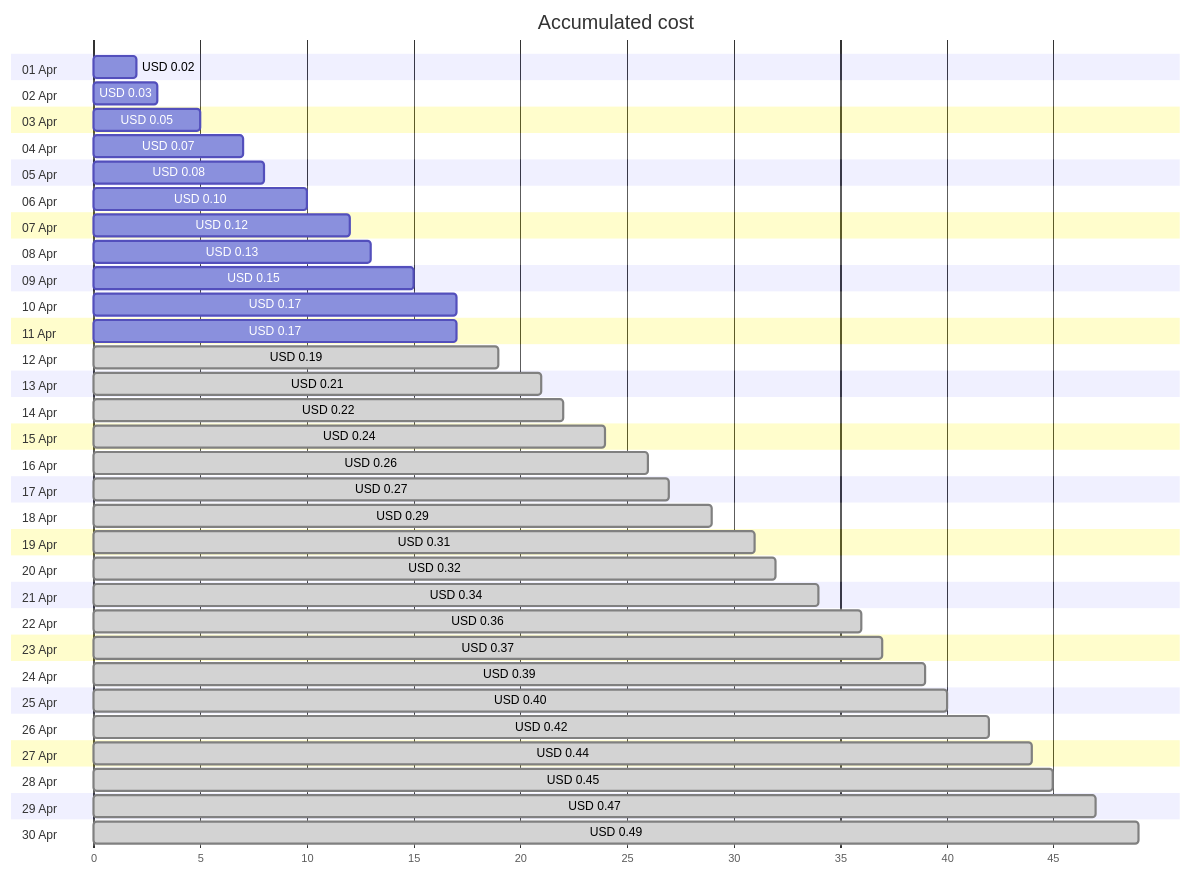
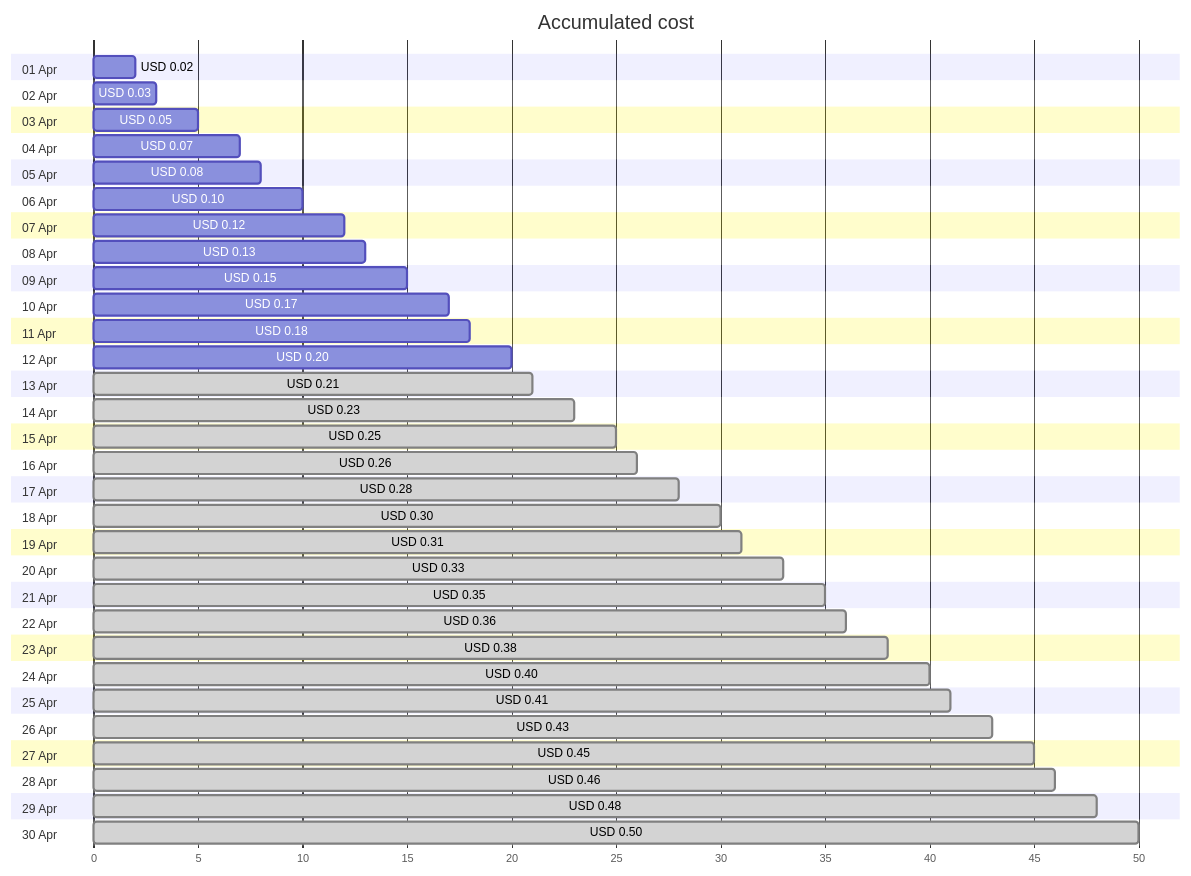
The first of 4 diagrams in cost-reports/personal-dns/jpatrickfulton.dev.md (jpfulton/azure-personal-reports), drawn with Mermaid before and after one commit. The commit also changed other lines of this file and 2 other files, not shown here.

Commit message:
Generated reports [skip ci]

````diff
--- a/cost-reports/personal-dns/jpatrickfulton.dev.md
+++ b/cost-reports/personal-dns/jpatrickfulton.dev.md
@@ -20,66 +20,66 @@
 ```mermaid
 gantt
    title Accumulated cost
    dateFormat  X
    axisFormat %s
    section 01 Apr
    USD 0.02 :0, 2
    section 02 Apr
    USD 0.03 :0, 3
    section 03 Apr
    USD 0.05 :0, 5
    section 04 Apr
    USD 0.07 :0, 7
    section 05 Apr
    USD 0.08 :0, 8
    section 06 Apr
    USD 0.10 :0, 10
    section 07 Apr
    USD 0.12 :0, 12
    section 08 Apr
    USD 0.13 :0, 13
    section 09 Apr
    USD 0.15 :0, 15
    section 10 Apr
    USD 0.17 :0, 17
    section 11 Apr
-   USD 0.17 :0, 17
+   USD 0.18 :0, 18
    section 12 Apr
-   USD 0.19 : done, 0, 19
+   USD 0.20 :0, 20
    section 13 Apr
    USD 0.21 : done, 0, 21
    section 14 Apr
-   USD 0.22 : done, 0, 22
+   USD 0.23 : done, 0, 23
    section 15 Apr
-   USD 0.24 : done, 0, 24
+   USD 0.25 : done, 0, 25
    section 16 Apr
    USD 0.26 : done, 0, 26
    section 17 Apr
-   USD 0.27 : done, 0, 27
+   USD 0.28 : done, 0, 28
    section 18 Apr
-   USD 0.29 : done, 0, 29
+   USD 0.30 : done, 0, 30
    section 19 Apr
    USD 0.31 : done, 0, 31
    section 20 Apr
-   USD 0.32 : done, 0, 32
+   USD 0.33 : done, 0, 33
    section 21 Apr
-   USD 0.34 : done, 0, 34
+   USD 0.35 : done, 0, 35
    section 22 Apr
    USD 0.36 : done, 0, 36
    section 23 Apr
-   USD 0.37 : done, 0, 37
+   USD 0.38 : done, 0, 38
    section 24 Apr
-   USD 0.39 : done, 0, 39
+   USD 0.40 : done, 0, 40
    section 25 Apr
-   USD 0.40 : done, 0, 40
+   USD 0.41 : done, 0, 41
    section 26 Apr
-   USD 0.42 : done, 0, 42
+   USD 0.43 : done, 0, 43
    section 27 Apr
-   USD 0.44 : done, 0, 44
+   USD 0.45 : done, 0, 45
    section 28 Apr
-   USD 0.45 : done, 0, 45
+   USD 0.46 : done, 0, 46
    section 29 Apr
-   USD 0.47 : done, 0, 47
+   USD 0.48 : done, 0, 48
    section 30 Apr
-   USD 0.49 : done, 0, 49
+   USD 0.50 : done, 0, 50
 ```
````
